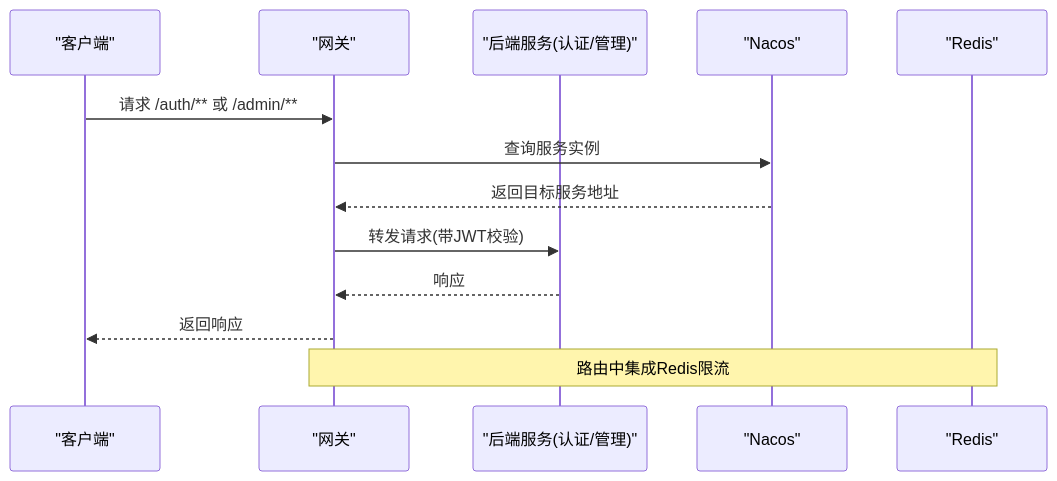
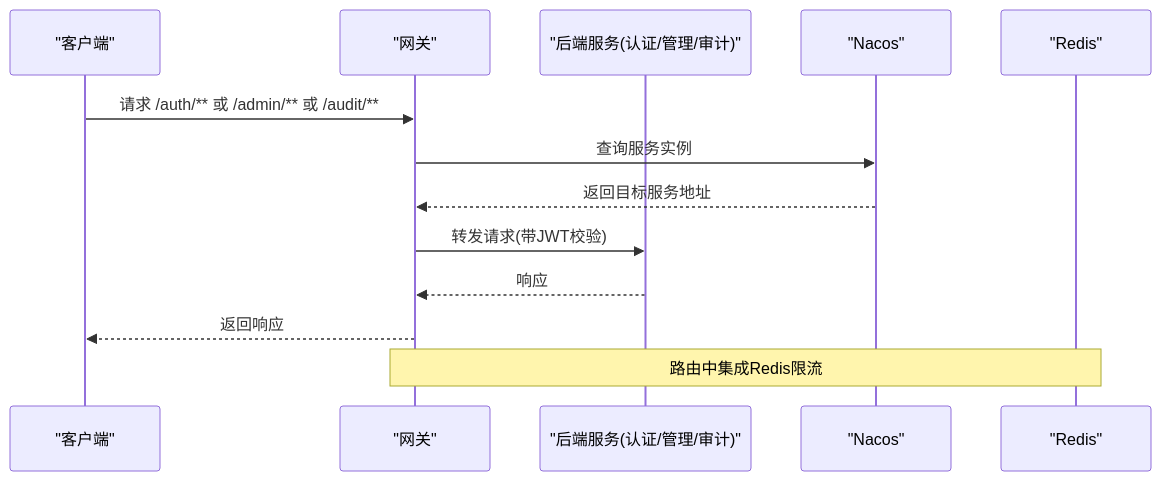
One commit to fq0121104930716/iam-platform changed the third of 7 diagrams in .qoder/repowiki/zh/content/部署运维/部署策略.md. Above: the diagram before and after it, drawn with Mermaid. The commit also changed other lines of this file and 219 other files, not shown here.

````diff
--- a/.qoder/repowiki/zh/content/部署运维/部署策略.md
+++ b/.qoder/repowiki/zh/content/部署运维/部署策略.md
@@ -146,15 +173,15 @@
 ```mermaid
 sequenceDiagram
 participant C as "客户端"
 participant GW as "网关"
-participant RS as "后端服务(认证/管理)"
+participant RS as "后端服务(认证/管理/审计)"
 participant N as "Nacos"
 participant R as "Redis"
-C->>GW : 请求 /auth/** 或 /admin/**
+C->>GW : 请求 /auth/** 或 /admin/** 或 /audit/**
 GW->>N : 查询服务实例
 N-->>GW : 返回目标服务地址
 GW->>RS : 转发请求(带JWT校验)
 RS-->>GW : 响应
 GW-->>C : 返回响应
 Note over GW,R : 路由中集成Redis限流
 ```
````
